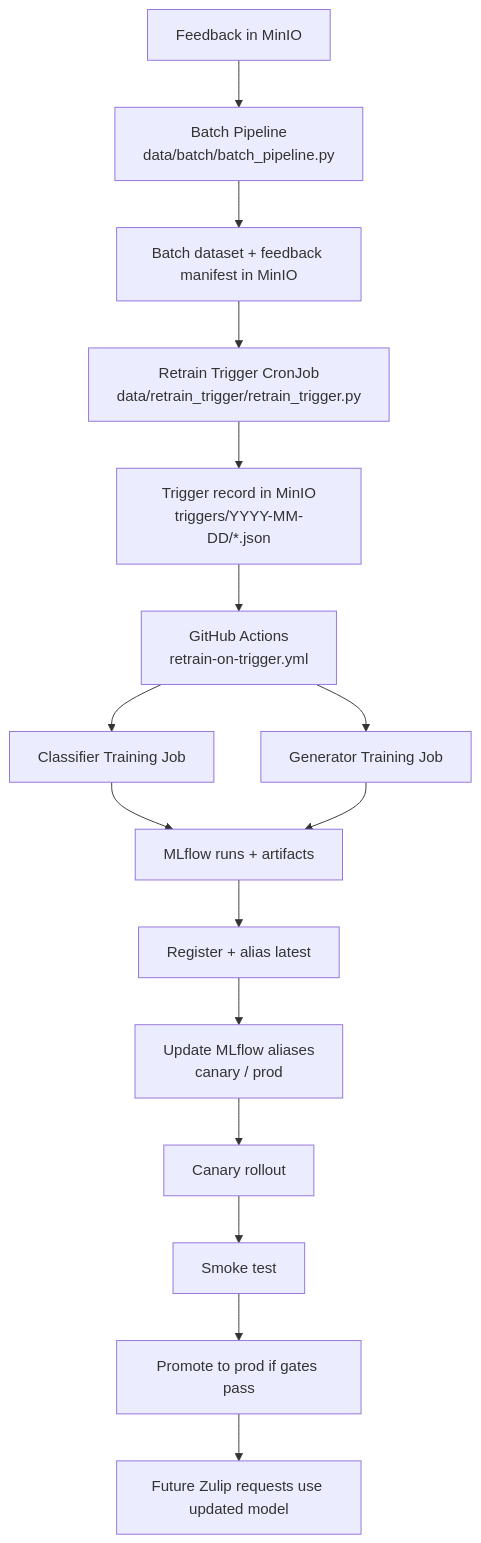
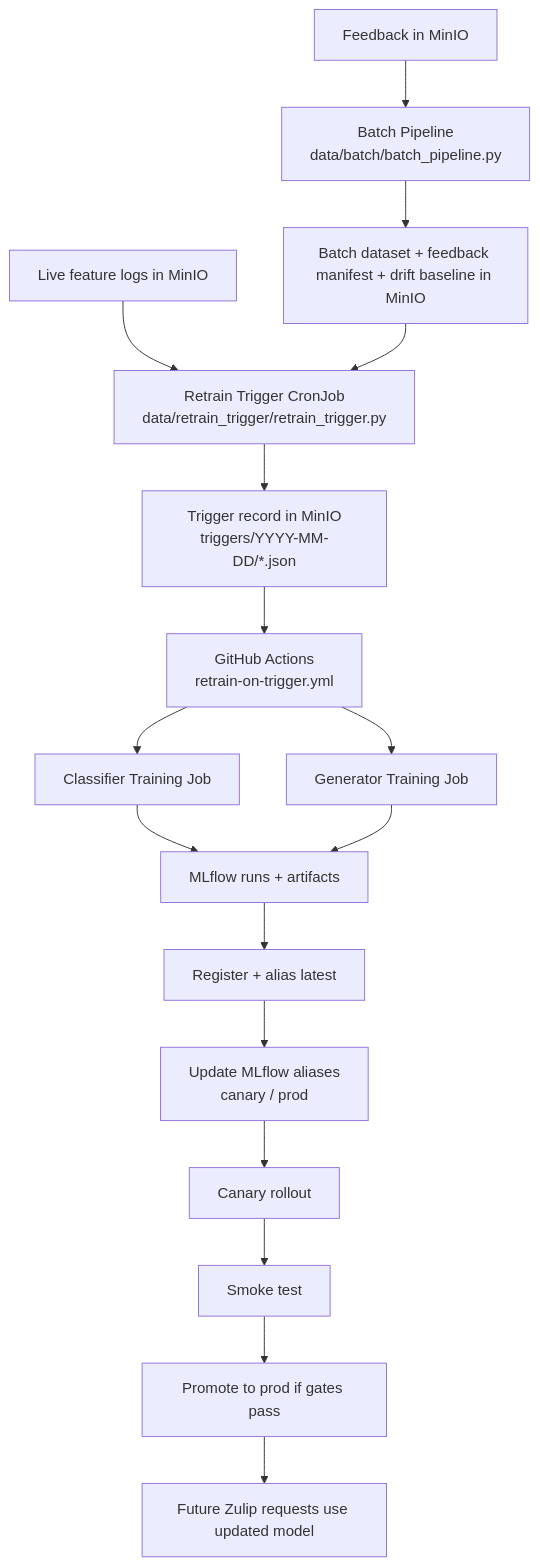
The third of 4 diagrams in PIPELINE.md (AlluSudharshanRao/Multi-Tone-Communication-Assistant-for-Zulip---MLOps), drawn with Mermaid before and after one commit. The commit also changed other lines of this file and 15 other files, not shown here.

````diff
--- a/PIPELINE.md
+++ b/PIPELINE.md
@@ -176,18 +199,19 @@
 ```mermaid
 flowchart TD
     A["Feedback in MinIO"] --> B["Batch Pipeline<br/>data/batch/batch_pipeline.py"]
-    B --> C["Batch dataset + feedback manifest in MinIO"]
+    X["Live feature logs in MinIO"] --> D
+    B --> C["Batch dataset + feedback manifest + drift baseline in MinIO"]
     C --> D["Retrain Trigger CronJob<br/>data/retrain_trigger/retrain_trigger.py"]
     D --> E["Trigger record in MinIO<br/>triggers/YYYY-MM-DD/*.json"]
     E --> F["GitHub Actions<br/>retrain-on-trigger.yml"]
     F --> G["Classifier Training Job"]
     F --> H["Generator Training Job"]
     G --> I["MLflow runs + artifacts"]
     H --> I
     I --> J["Register + alias latest"]
     J --> K["Update MLflow aliases<br/>canary / prod"]
     K --> L["Canary rollout"]
     L --> M["Smoke test"]
     M --> N["Promote to prod if gates pass"]
     N --> O["Future Zulip requests use updated model"]
 ```
````
